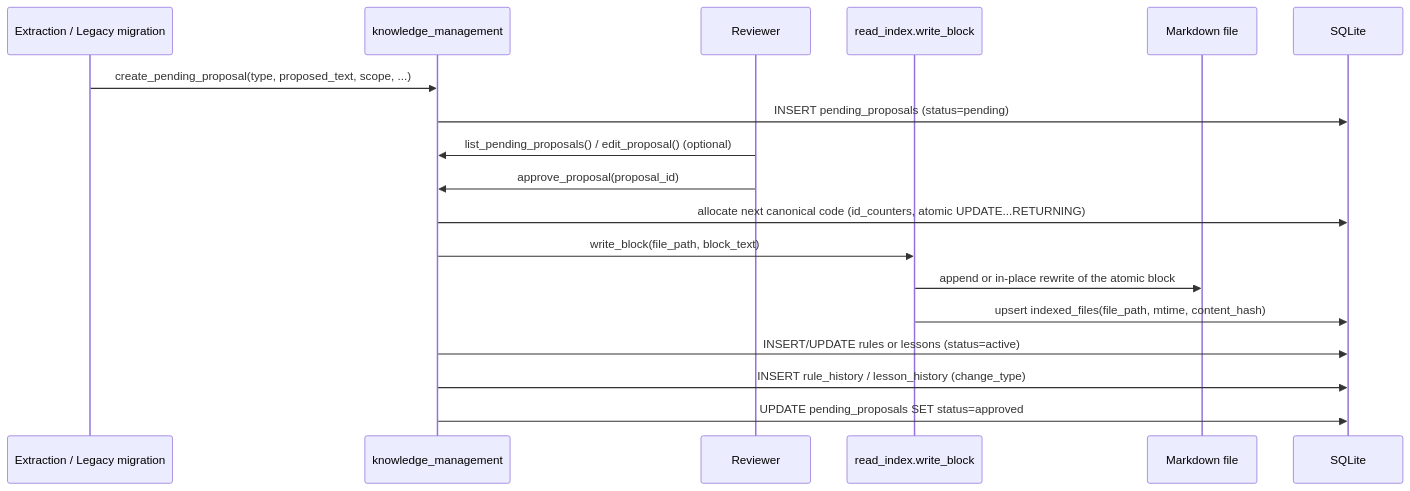
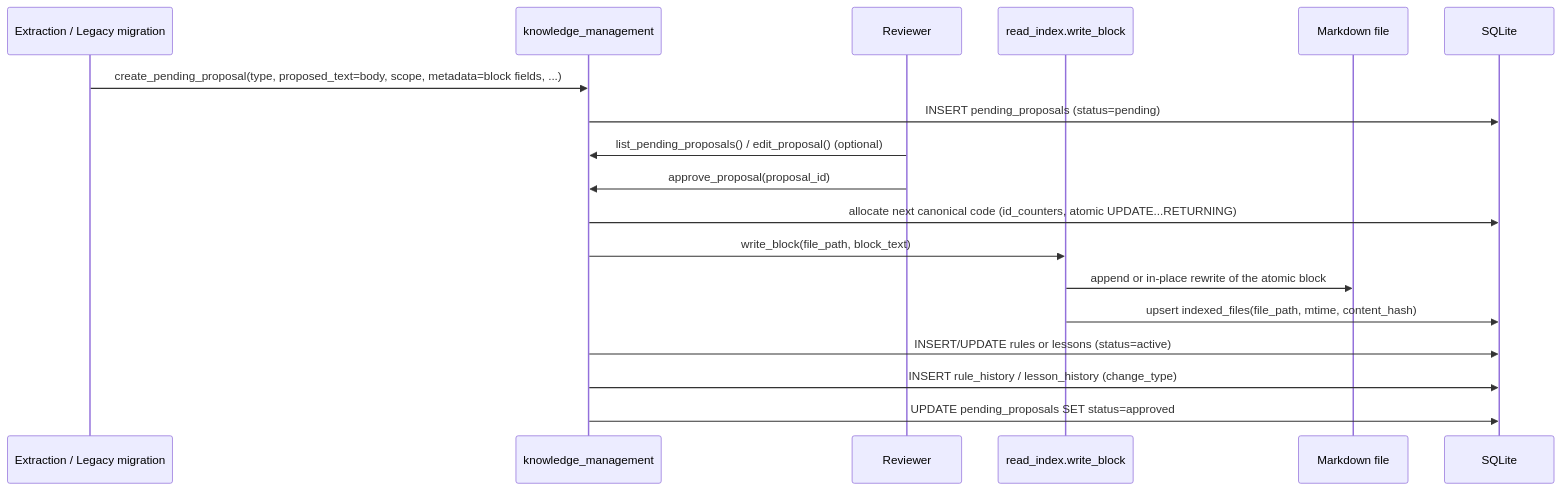
Before and after one commit to abeljumanuel/axiom-meridian-project: the third of 3 diagrams in docs/03-system-architecture.md, drawn with Mermaid. The commit also changed 23 other files, not shown here.

First line of the commit message:
Fix proposal metadata, first block of a scope, and field resets on update

````diff
--- a/docs/03-system-architecture.md
+++ b/docs/03-system-architecture.md
@@ -108,21 +108,21 @@
 ```mermaid
 sequenceDiagram
     participant Source as Extraction / Legacy migration
     participant Mgmt as knowledge_management
     participant Human as Reviewer
     participant Idx as read_index.write_block
     participant MD as Markdown file
     participant DB as SQLite
 
-    Source->>Mgmt: create_pending_proposal(type, proposed_text, scope, ...)
+    Source->>Mgmt: create_pending_proposal(type, proposed_text=body, scope, metadata=block fields, ...)
     Mgmt->>DB: INSERT pending_proposals (status=pending)
     Human->>Mgmt: list_pending_proposals() / edit_proposal() (optional)
     Human->>Mgmt: approve_proposal(proposal_id)
     Mgmt->>DB: allocate next canonical code (id_counters, atomic UPDATE...RETURNING)
     Mgmt->>Idx: write_block(file_path, block_text)
     Idx->>MD: append or in-place rewrite of the atomic block
     Idx->>DB: upsert indexed_files(file_path, mtime, content_hash)
     Mgmt->>DB: INSERT/UPDATE rules or lessons (status=active)
     Mgmt->>DB: INSERT rule_history / lesson_history (change_type)
     Mgmt->>DB: UPDATE pending_proposals SET status=approved
 ```
````
